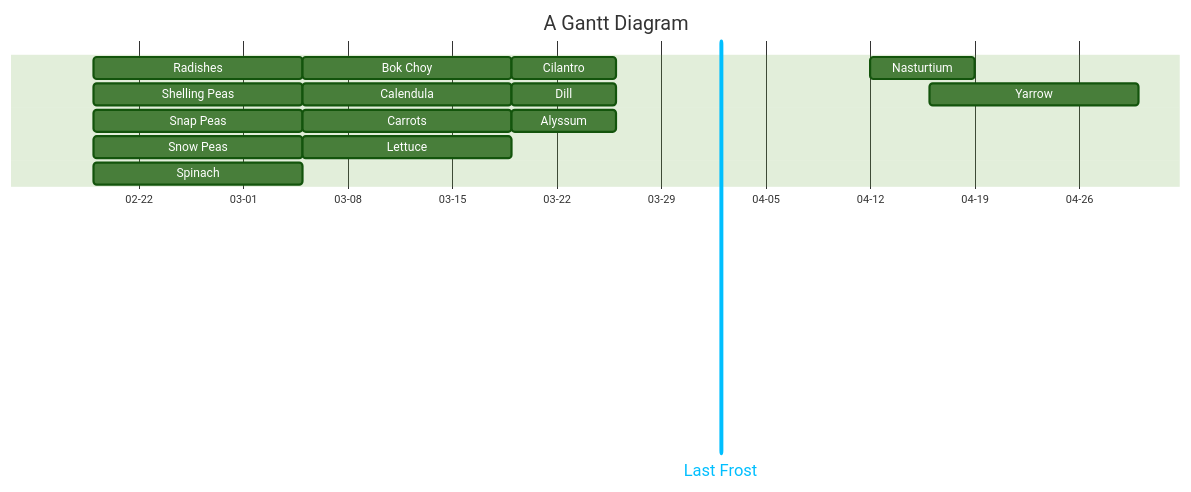
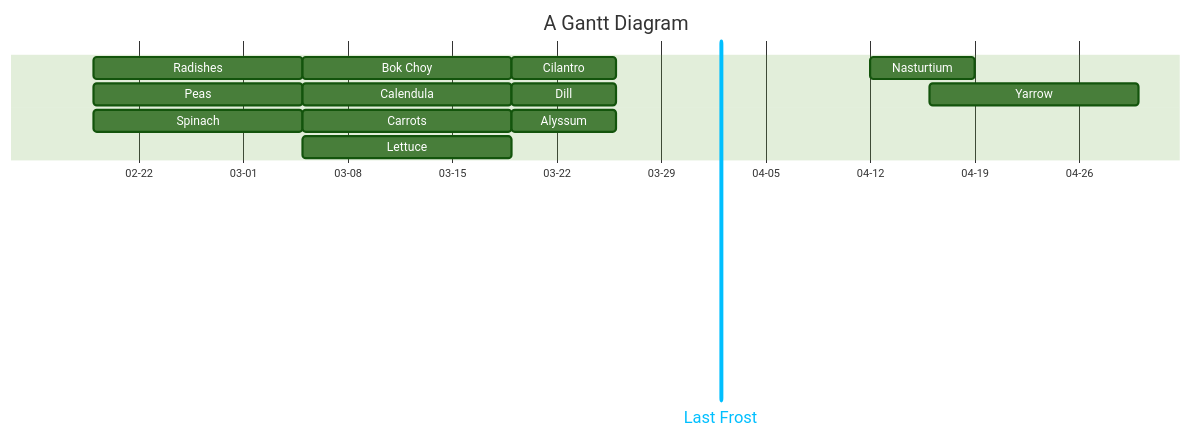
Before and after one commit to bjenning04/foam: the diagram in 2026-planting-schedule.md, drawn with Mermaid (forest theme).

Commit message:
Feb 21, 2026, 8:51 PM

````diff
--- a/2026-planting-schedule.md
+++ b/2026-planting-schedule.md
@@ -3,24 +3,22 @@
 ```mermaid
 ---
 displayMode: compact
 ---
 gantt
     title A Gantt Diagram
     dateFormat YYYY-MM-DD
     axisFormat %m-%d
     Last Frost: vert, v1, 2026-04-02,
     Radishes: 2026-02-19, 14d
-    Shelling Peas: 2026-02-19, 14d
-    Snap Peas: 2026-02-19, 14d
-    Snow Peas: 2026-02-19, 14d
+    Peas: 2026-02-19, 14d
     Spinach: 2026-02-19, 14d
     Bok Choy: 2026-03-05, 14d
     Calendula: 2026-03-05, 14d
     Carrots: 2026-03-05, 14d
     Lettuce: 2026-03-05, 14d
     Cilantro: 2026-03-19, 7d
     Dill: 2026-03-19, 7d
     Alyssum: 2026-03-19, 7d
     Nasturtium: 2026-04-12, 7d
     Yarrow: 2026-04-16, 14d
 ```
````
